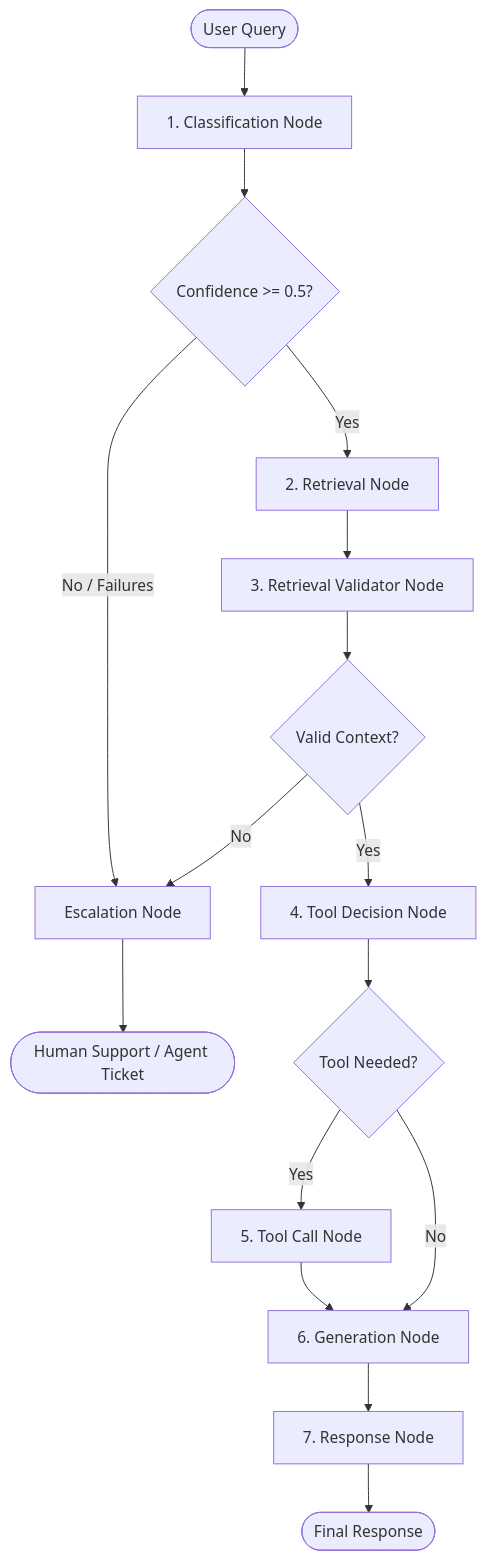
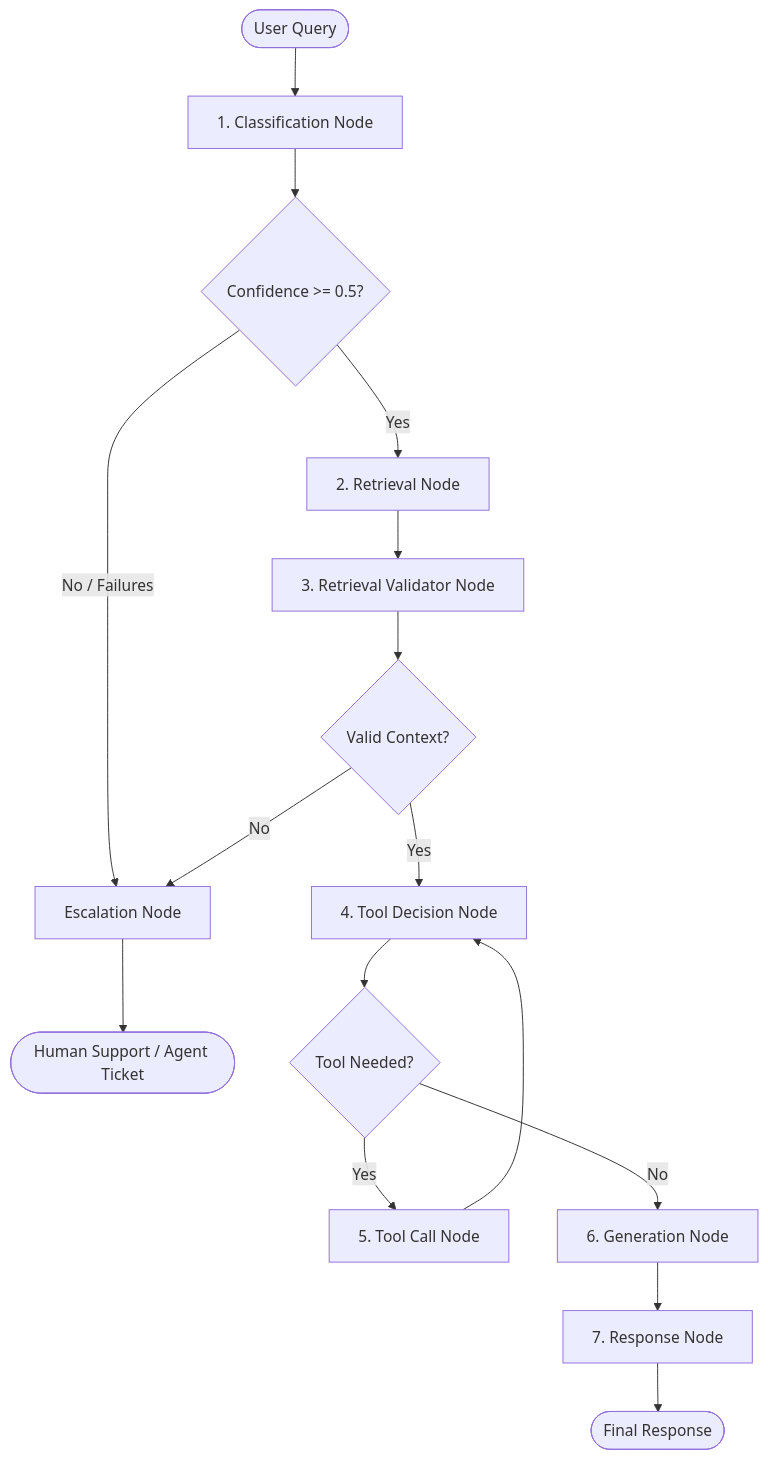
The diagram in README.md (rejioco/Customer-support-pipeline), drawn with Mermaid before and after one commit. The commit also changed other lines of this file and 28 other files, not shown here.

````diff
--- a/README.md
+++ b/README.md
@@ -25,25 +25,25 @@
 ```mermaid
 graph TD
     Start([User Query]) --> Classify[1. Classification Node]
     Classify --> Router1{Confidence >= 0.5?}
     
     %% Escalation Flow
     Router1 -- No / Failures --> Escalate[Escalation Node]
     Escalate --> Human([Human Support / Agent Ticket])
     
     %% RAG Flow
     Router1 -- Yes --> Retrieve[2. Retrieval Node]
     Retrieve --> Validate[3. Retrieval Validator Node]
     Validate --> Router2{Valid Context?}
     
     Router2 -- No --> Escalate
     Router2 -- Yes --> ToolDecide[4. Tool Decision Node]
     
     ToolDecide --> Router3{Tool Needed?}
     Router3 -- Yes --> ToolCall[5. Tool Call Node]
-    ToolCall --> Generate[6. Generation Node]
-    Router3 -- No --> Generate
+    ToolCall --> ToolDecide
+    Router3 -- No --> Generate[6. Generation Node]
     
     Generate --> Response[7. Response Node]
     Response --> End([Final Response])
 ```
````
